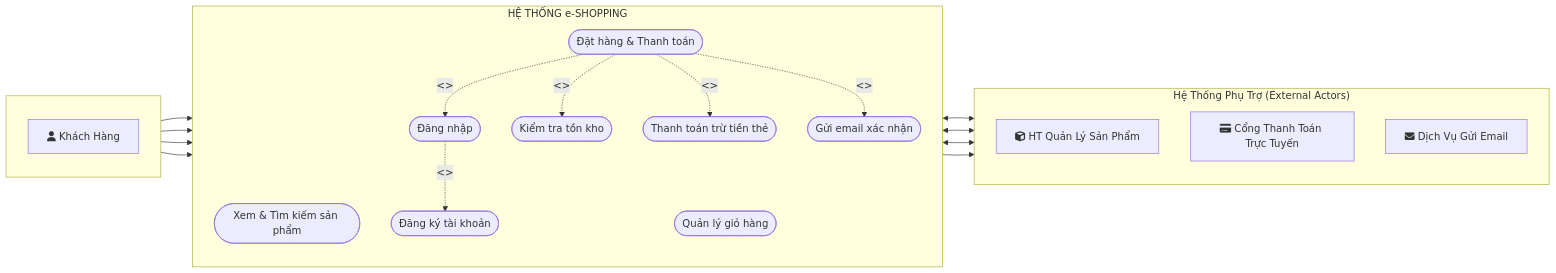
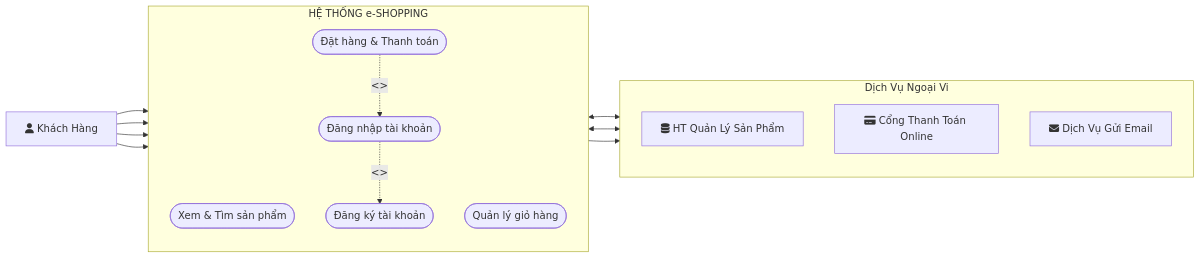
One commit to NguyenPhiLong517/LAB_OOSD changed the diagram in LAB04/README.md. Above: the diagram before and after it, drawn with Mermaid.

````diff
--- a/LAB04/README.md
+++ b/LAB04/README.md
@@ -1,49 +1,32 @@
 ```mermaid
 flowchart LR
-    %% Actors
-    subgraph Actors[" "]
+    KhachHang["fa:fa-user Khách Hàng"]
+    
+    subgraph External["Dịch Vụ Ngoại Vi"]
         direction TB
-        KhachHang["fa:fa-user Khách Hàng"]
-    end
-
-    subgraph ExternalSystems["Hệ Thống Phụ Trợ (External Actors)"]
-        direction TB
-        HT_SanPham["fa:fa-cube HT Quản Lý Sản Phẩm"]
-        HT_ThanhToan["fa:fa-credit-card Cổng Thanh Toán Trực Tuyến"]
+        HT_SanPham["fa:fa-database HT Quản Lý Sản Phẩm"]
+        HT_ThanhToan["fa:fa-credit-card Cổng Thanh Toán Online"]
         HT_Email["fa:fa-envelope Dịch Vụ Gửi Email"]
     end
 
-    %% Use Cases Boundary
     subgraph eShopping["HỆ THỐNG e-SHOPPING"]
         direction TB
-        UC_XemSP(["Xem & Tìm kiếm sản phẩm"])
-        UC_GioHang(["Quản lý giỏ hàng"])
-        UC_DangNhap(["Đăng nhập"])
-        UC_DangKy(["Đăng ký tài khoản"])
-        UC_DatHang(["Đặt hàng & Thanh toán"])
-        
-        %% Use Cases phụ trợ
-        UC_KiemTraKho(["Kiểm tra tồn kho"])
-        UC_TruTien(["Thanh toán trừ tiền thẻ"])
-        UC_GuiMail(["Gửi email xác nhận"])
+        UC1(["Xem & Tìm sản phẩm"])
+        UC2(["Quản lý giỏ hàng"])
+        UC3(["Đăng nhập tài khoản"])
+        UC4(["Đăng ký tài khoản"])
+        UC5(["Đặt hàng & Thanh toán"])
     end
 
-    %% Tương tác của Khách hàng
-    KhachHang --> UC_XemSP
-    KhachHang --> UC_GioHang
-    KhachHang --> UC_DangNhap
-    KhachHang --> UC_DatHang
+    KhachHang --> UC1
+    KhachHang --> UC2
+    KhachHang --> UC3
+    KhachHang --> UC5
 
-    %% Quan hệ giữa các Use Cases
-    UC_DangNhap -. "<<extend>>" .-> UC_DangKy
-    UC_DatHang -. "<<include>>" .-> UC_DangNhap
-    UC_DatHang -. "<<include>>" .-> UC_KiemTraKho
-    UC_DatHang -. "<<include>>" .-> UC_TruTien
-    UC_DatHang -. "<<include>>" .-> UC_GuiMail
+    UC3 -. "<<extend>>" .-> UC4
+    UC5 -. "<<include>>" .-> UC3
 
-    %% Tương tác với Hệ thống ngoài
-    UC_XemSP <--> HT_SanPham
-    UC_KiemTraKho <--> HT_SanPham
-    UC_TruTien <--> HT_ThanhToan
-    UC_GuiMail --> HT_Email
+    UC1 <--> HT_SanPham
+    UC5 <--> HT_ThanhToan
+    UC5 --> HT_Email
 ```
````
